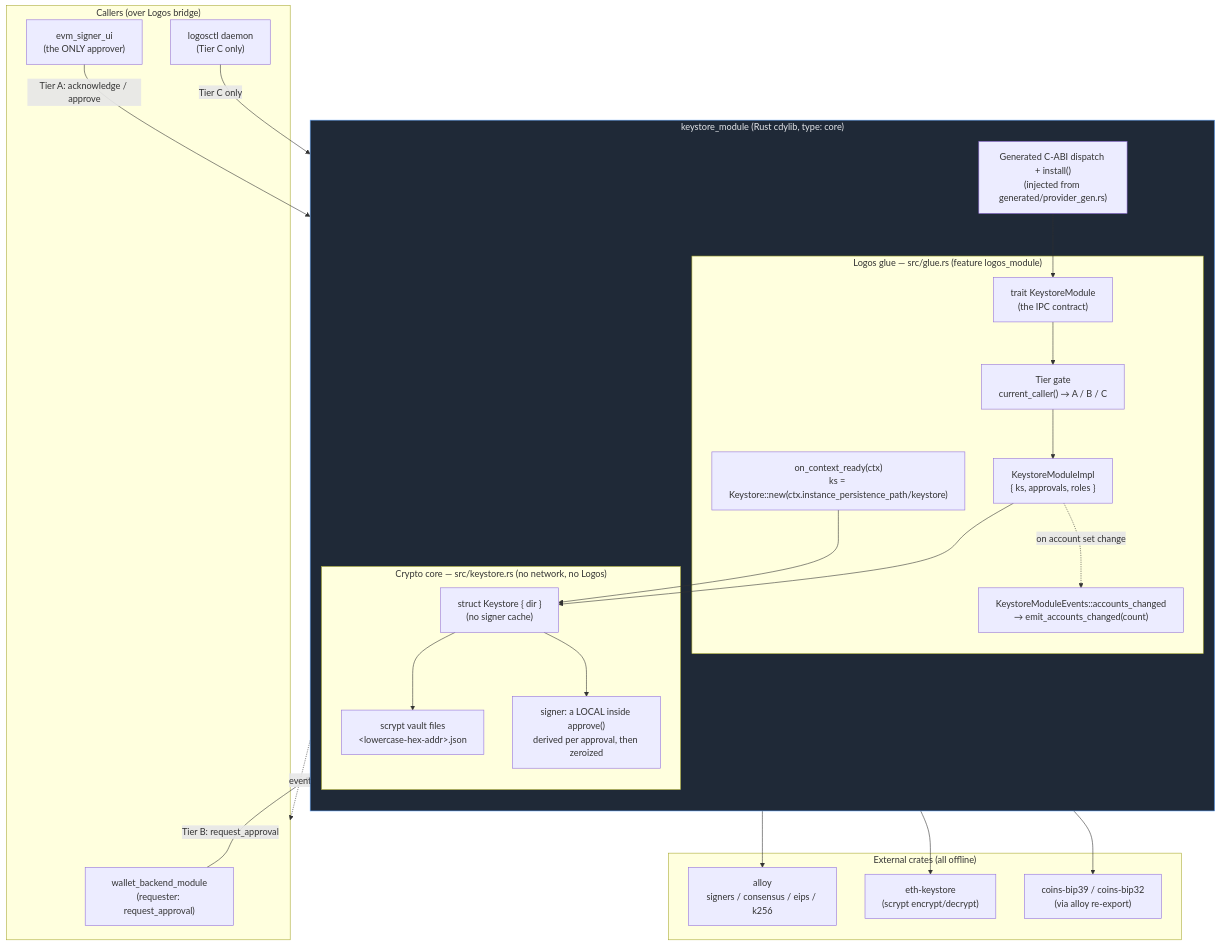
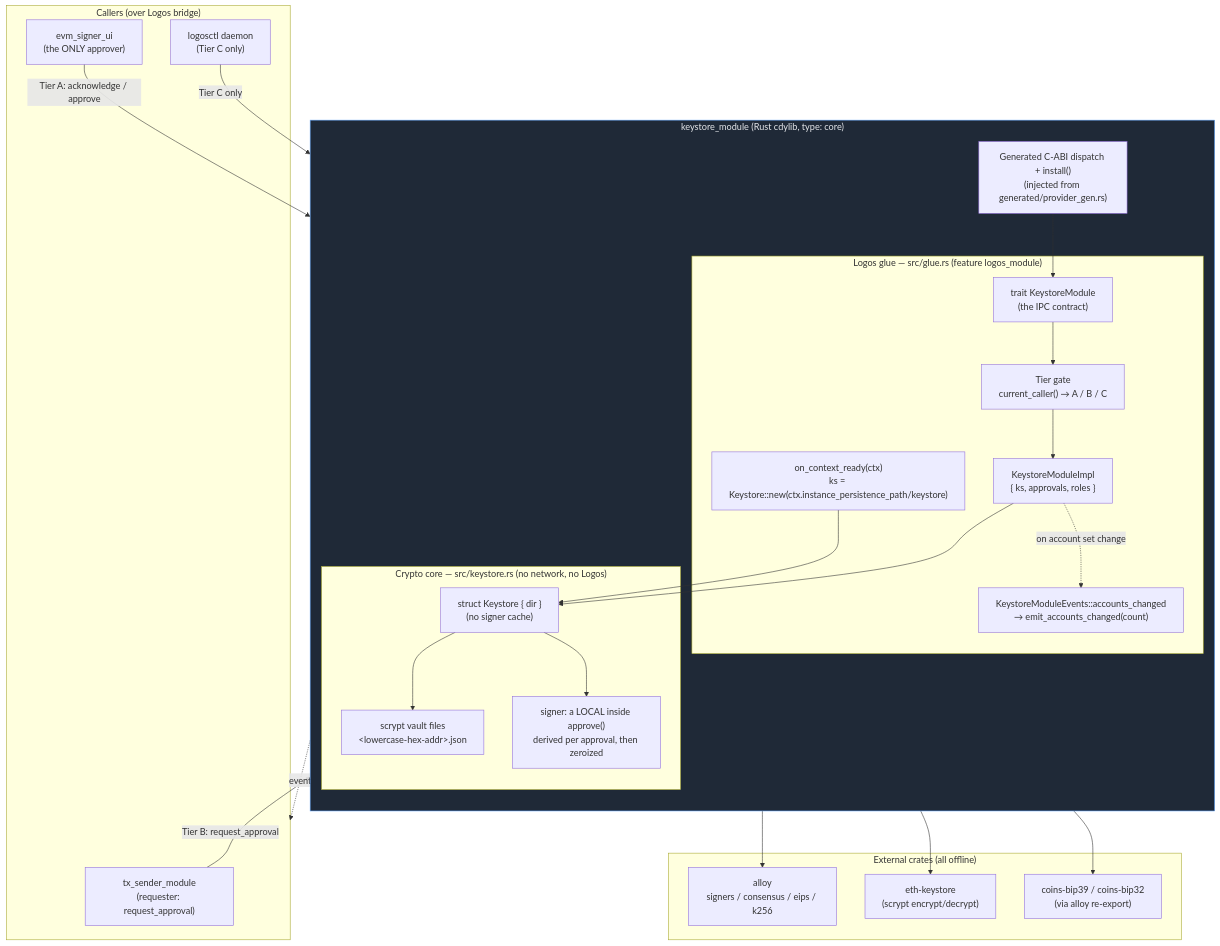
One commit to logos-co/logos-evm-keystore-module changed the first of 2 diagrams in docs/specs.md. Above: the diagram before and after it, drawn with Mermaid. The commit also changed other lines of this file, not shown here.

````diff
--- a/docs/specs.md
+++ b/docs/specs.md
@@ -61,50 +66,50 @@
 ```mermaid
 flowchart TB
     subgraph Callers["Callers (over Logos bridge)"]
-        BE["wallet_backend_module<br/>(requester: request_approval)"]
+        BE["tx_sender_module<br/>(requester: request_approval)"]
         SU["evm_signer_ui<br/>(the ONLY approver)"]
         LC["logosctl daemon<br/>(Tier C only)"]
     end
 
     subgraph Module["keystore_module (Rust cdylib, type: core)"]
         direction TB
         DISP["Generated C-ABI dispatch + install()<br/>(injected from generated/provider_gen.rs)"]
         subgraph Glue["Logos glue — src/glue.rs (feature logos_module)"]
             TRAIT["trait KeystoreModule<br/>(the IPC contract)"]
             IMPL["KeystoreModuleImpl<br/>{ ks, approvals, roles }"]
             GATE["Tier gate<br/>current_caller() → A / B / C"]
             EV["KeystoreModuleEvents::accounts_changed<br/>→ emit_accounts_changed(count)"]
             CTX["on_context_ready(ctx)<br/>ks = Keystore::new(ctx.instance_persistence_path/keystore)"]
         end
         subgraph Core["Crypto core — src/keystore.rs (no network, no Logos)"]
             KS["struct Keystore { dir }<br/>(no signer cache)"]
             VAULTS["scrypt vault files<br/>&lt;lowercase-hex-addr&gt;.json"]
             MEM["signer: a LOCAL inside approve()<br/>derived per approval, then zeroized"]
         end
     end
 
     subgraph Deps["External crates (all offline)"]
         ALLOY["alloy<br/>signers / consensus / eips / k256"]
         ETHKS["eth-keystore<br/>(scrypt encrypt/decrypt)"]
         BIP39["coins-bip39 / coins-bip32<br/>(via alloy re-export)"]
     end
 
     BE -->|Tier B: request_approval| DISP
     SU -->|Tier A: acknowledge / approve| DISP
     LC -->|Tier C only| DISP
     DISP --> TRAIT
     TRAIT --> GATE
     GATE --> IMPL
     IMPL --> KS
     IMPL -.->|on account set change| EV
     EV -.->|event| Callers
     CTX --> KS
     KS --> VAULTS
     KS --> MEM
     KS --> ALLOY
     KS --> ETHKS
     KS --> BIP39
 
     classDef boundary fill:#1f2937,stroke:#60a5fa,color:#e5e7eb;
     class Module boundary;
 ```
````
